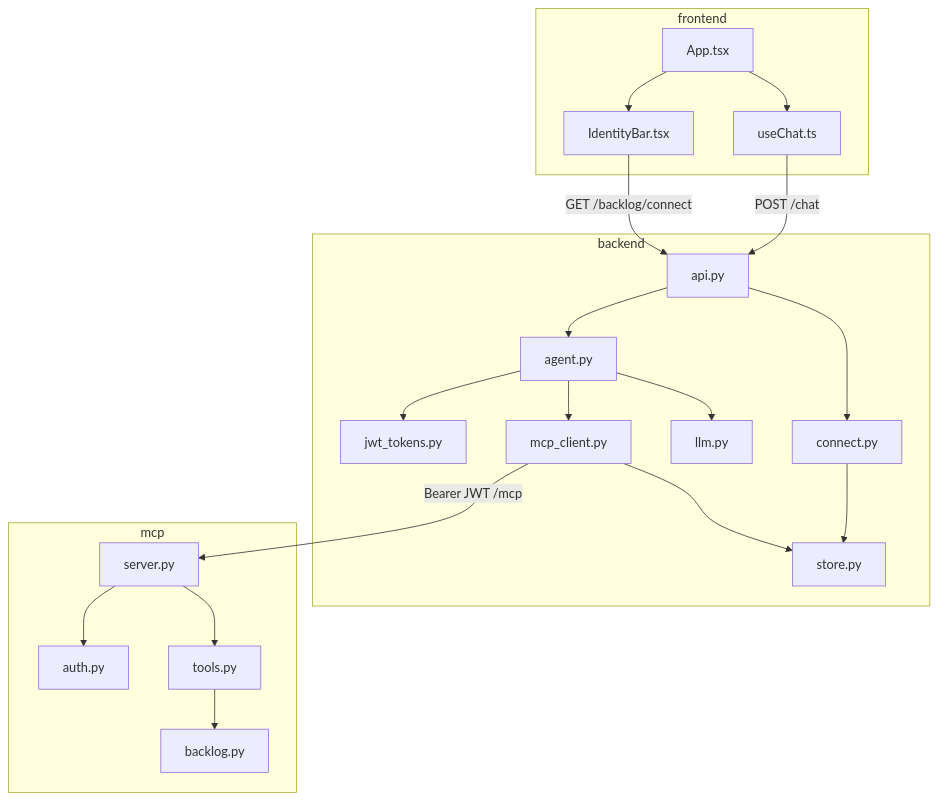
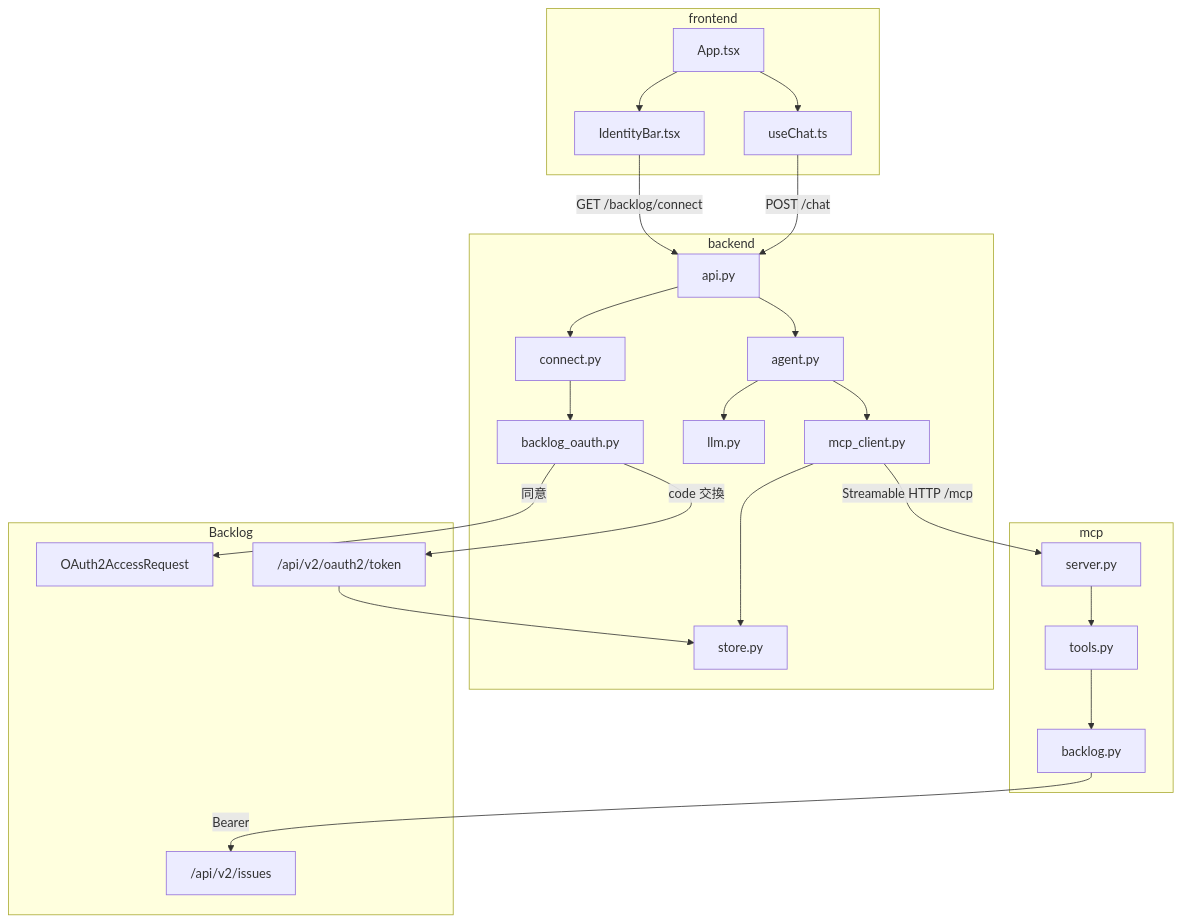
The second of 4 diagrams in v3/README.md (haru-256/backlog-mcp-sandbox), drawn with Mermaid before and after one commit. The commit also changed other lines of this file and 30 other files, not shown here.

First line of the commit message:
Store only Backlog refresh tokens and drop JWT on MCP.

````diff
--- a/v3/README.md
+++ b/v3/README.md
@@ -94,41 +94,48 @@
 ```mermaid
 flowchart TB
   subgraph fe [frontend]
     App[App.tsx]
     Identity[IdentityBar.tsx]
     ChatHook[useChat.ts]
   end
 
   subgraph host [backend]
     Api[api.py]
     Agent[agent.py]
-    JwtHost[jwt_tokens.py]
     McpClient[mcp_client.py]
     Llm[llm.py]
     Connect[connect.py]
+    Oauth[backlog_oauth.py]
     Store[store.py]
   end
 
   subgraph server [mcp]
     Srv[server.py]
-    Auth[auth.py]
     Tools[tools.py]
     BacklogMod[backlog.py]
+  end
+
+  subgraph backlog [Backlog]
+    Authorize[OAuth2AccessRequest]
+    TokenEndpoint["/api/v2/oauth2/token"]
+    Issues["/api/v2/issues"]
   end
 
   App --> Identity
   App --> ChatHook
   Identity -->|"GET /backlog/connect"| Api
   ChatHook -->|"POST /chat"| Api
   Api --> Agent
-  Agent --> JwtHost
   Agent --> McpClient
   Agent --> Llm
-  McpClient -->|"Bearer JWT /mcp"| Srv
+  McpClient -->|"Streamable HTTP /mcp"| Srv
   Api --> Connect
-  Connect --> Store
+  Connect --> Oauth
+  Oauth -->|"同意"| Authorize
+  Oauth -->|"code 交換"| TokenEndpoint
+  TokenEndpoint --> Store
   McpClient --> Store
-  Srv --> Auth
   Srv --> Tools
   Tools --> BacklogMod
+  BacklogMod -->|"Bearer"| Issues
 ```
````
